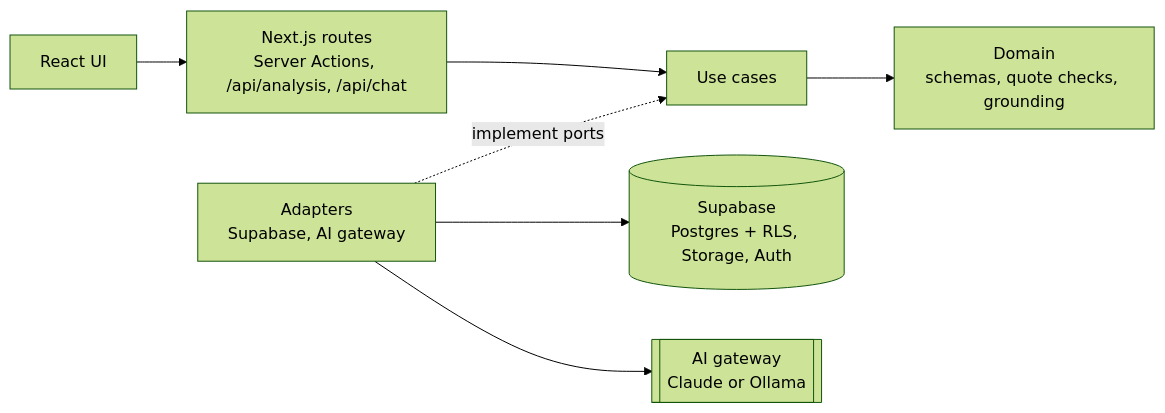
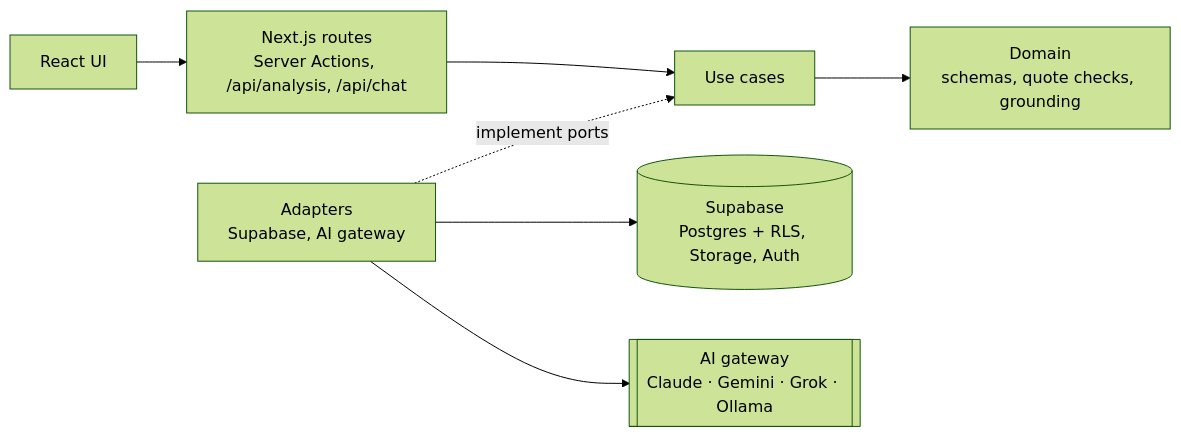
The diagram in README.md (Paulherveph/plainly), drawn with Mermaid (forest theme) before and after one commit. The commit also changed other lines of this file and 12 other files, not shown here.

````diff
--- a/README.md
+++ b/README.md
@@ -177,9 +214,9 @@
 ```mermaid
 flowchart LR
   UI[React UI] --> Routes[Next.js routes<br/>Server Actions, /api/analysis, /api/chat]
   Routes --> App[Use cases]
   App --> Domain[Domain<br/>schemas, quote checks, grounding]
   Infra[Adapters<br/>Supabase, AI gateway] -. implement ports .-> App
   Infra --> Supabase[(Supabase<br/>Postgres + RLS, Storage, Auth)]
-  Infra --> AI[[AI gateway<br/>Claude or Ollama]]
+  Infra --> AI[[AI gateway<br/>Claude · Gemini · Grok · Ollama]]
 ```
````
